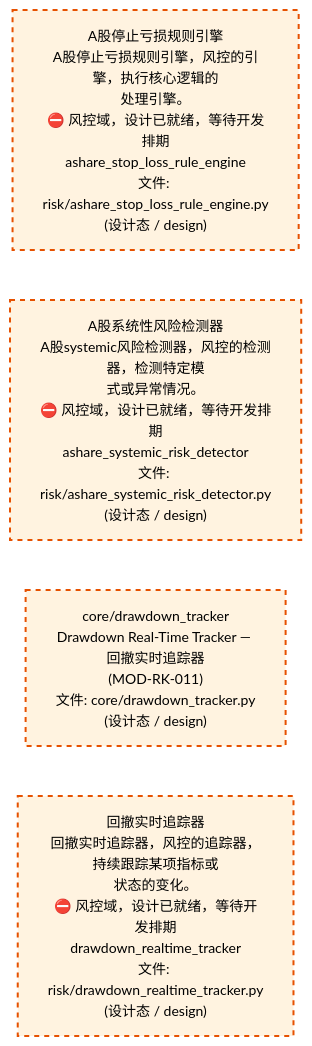
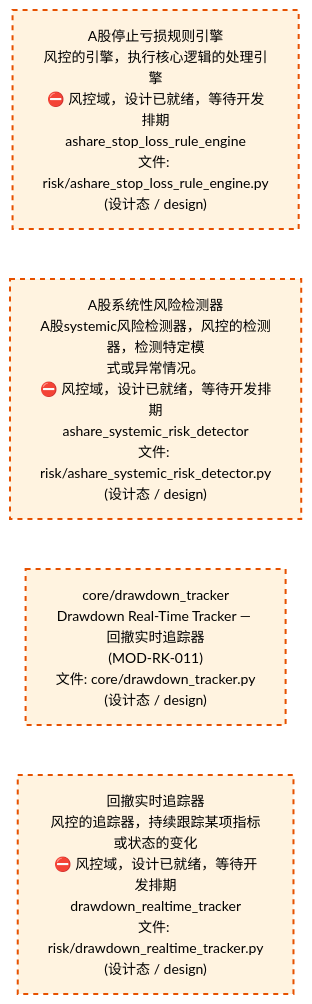
Before and after one commit to xuanFelixVan/ZephyrAlpha: the third of 4 diagrams in docs/02_enterprise_architecture/02_domain_architecture_docs/65_d_risk.md, drawn with Mermaid. The commit also changed other lines of this file and 59 other files, not shown here.

````diff
--- a/docs/02_enterprise_architecture/02_domain_architecture_docs/65_d_risk.md
+++ b/docs/02_enterprise_architecture/02_domain_architecture_docs/65_d_risk.md
@@ -199,16 +200,16 @@
 ```mermaid
 %%{init: {'theme': 'base', 'themeVariables': {'primaryColor': '#eaeaea', 'primaryTextColor': '#333333', 'primaryBorderColor': '#666666', 'lineColor': '#666666', 'secondaryColor': '#eaeaea', 'tertiaryColor': '#eaeaea', 'fontSize': '14px'}}}%%
 flowchart TD
-    src_zephyr_risk_ashare_stop_loss_rule_engine_py["A股停止亏损规则引擎<br/>A股停止亏损规则引擎，风控的引擎，执行核心逻辑的<br/>处理引擎。<br/>⛔ 风控域，设计已就绪，等待开发排期<br/>ashare_stop_loss_rule_engine<br/>文件: risk/ashare_stop_loss_rule_engine.py<br/>(设计态 / design)"]
+    src_zephyr_risk_ashare_stop_loss_rule_engine_py["A股停止亏损规则引擎<br/>风控的引擎，执行核心逻辑的处理引擎<br/>⛔ 风控域，设计已就绪，等待开发排期<br/>ashare_stop_loss_rule_engine<br/>文件: risk/ashare_stop_loss_rule_engine.py<br/>(设计态 / design)"]
     src_zephyr_risk_ashare_systemic_risk_detector_py["A股系统性风险检测器<br/>A股systemic风险检测器，风控的检测器，检测特定模<br/>式或异常情况。<br/>⛔ 风控域，设计已就绪，等待开发排期<br/>ashare_systemic_risk_detector<br/>文件: risk/ashare_systemic_risk_detector.py<br/>(设计态 / design)"]
     src_zephyr_risk_core_drawdown_tracker_py["core/drawdown_tracker<br/>Drawdown Real-Time Tracker — 回撤实时追踪器<br/>(MOD-RK-011)<br/>文件: core/drawdown_tracker.py<br/>(设计态 / design)"]
-    src_zephyr_risk_drawdown_realtime_tracker_py["回撤实时追踪器<br/>回撤实时追踪器，风控的追踪器，持续跟踪某项指标或<br/>状态的变化。<br/>⛔ 风控域，设计已就绪，等待开发排期<br/>drawdown_realtime_tracker<br/>文件: risk/drawdown_realtime_tracker.py<br/>(设计态 / design)"]
+    src_zephyr_risk_drawdown_realtime_tracker_py["回撤实时追踪器<br/>风控的追踪器，持续跟踪某项指标或状态的变化<br/>⛔ 风控域，设计已就绪，等待开发排期<br/>drawdown_realtime_tracker<br/>文件: risk/drawdown_realtime_tracker.py<br/>(设计态 / design)"]
     src_zephyr_risk_ashare_stop_loss_rule_engine_py ~~~ src_zephyr_risk_ashare_systemic_risk_detector_py
     src_zephyr_risk_ashare_systemic_risk_detector_py ~~~ src_zephyr_risk_core_drawdown_tracker_py
     src_zephyr_risk_core_drawdown_tracker_py ~~~ src_zephyr_risk_drawdown_realtime_tracker_py
     classDef production fill:#e1f5fe,stroke:#01579b,stroke-width:2px,color:#000
     classDef design fill:#fff3e0,stroke:#e65100,stroke-width:2px,color:#000,stroke-dasharray: 5 5
     classDef external_prod fill:#e8f4fd,stroke:#0277bd,stroke-width:1px,color:#000
     classDef external_design fill:#fff8e7,stroke:#ef6c00,stroke-width:1px,color:#000,stroke-dasharray: 5 5
     class src_zephyr_risk_ashare_stop_loss_rule_engine_py,src_zephyr_risk_ashare_systemic_risk_detector_py,src_zephyr_risk_core_drawdown_tracker_py,src_zephyr_risk_drawdown_realtime_tracker_py design
 ```
````
